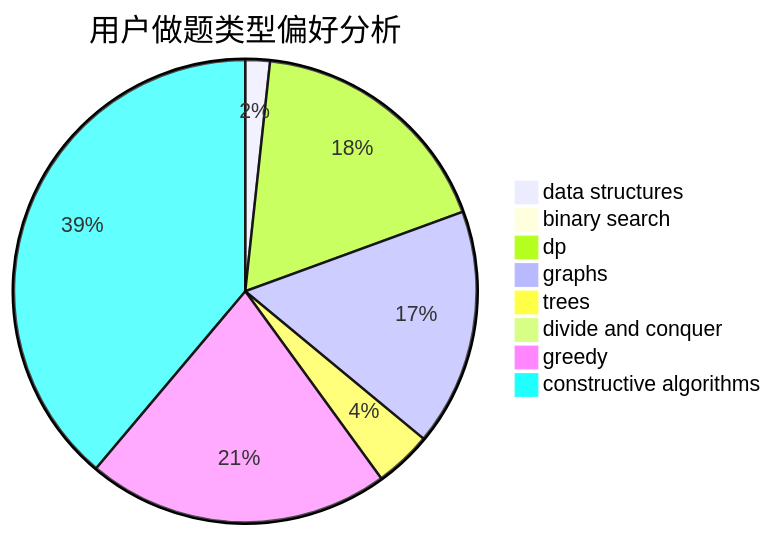
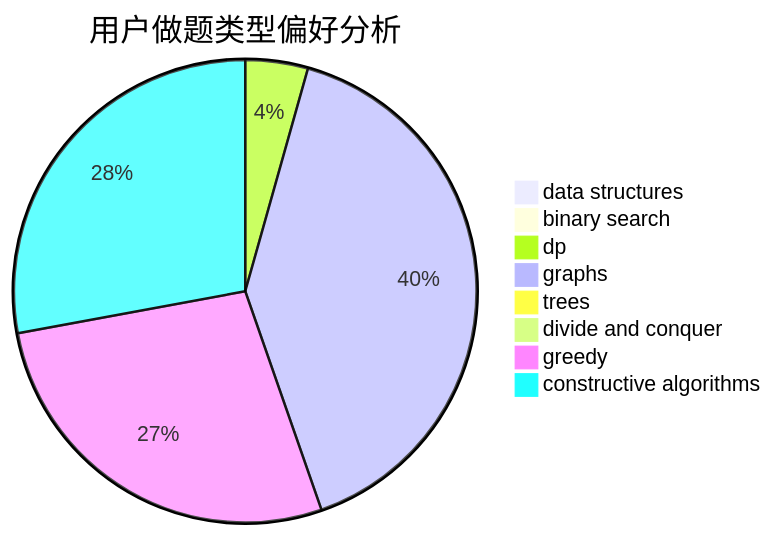
Before and after one commit to sherpahu/cfrs.github.io: the second of 3 diagrams in docs/user/u1653.md, drawn with Mermaid. The commit also changed other lines of this file and 2770 other files, not shown here.

````diff
--- a/docs/user/u1653.md
+++ b/docs/user/u1653.md
@@ -23,11 +23,11 @@
 ```mermaid
 pie title 用户做题类型偏好分析
     "data structures" :  3
     "binary search" :  0
-    "dp" :  31
-    "graphs" :  29
-    "trees" :  7
+    "dp" :  18
+    "graphs" :  166
+    "trees" :  0
     "divide and conquer" :  0
-    "greedy" :  37
-    "constructive algorithms" :  68
+    "greedy" :  113
+    "constructive algorithms" :  115
 ```
````
